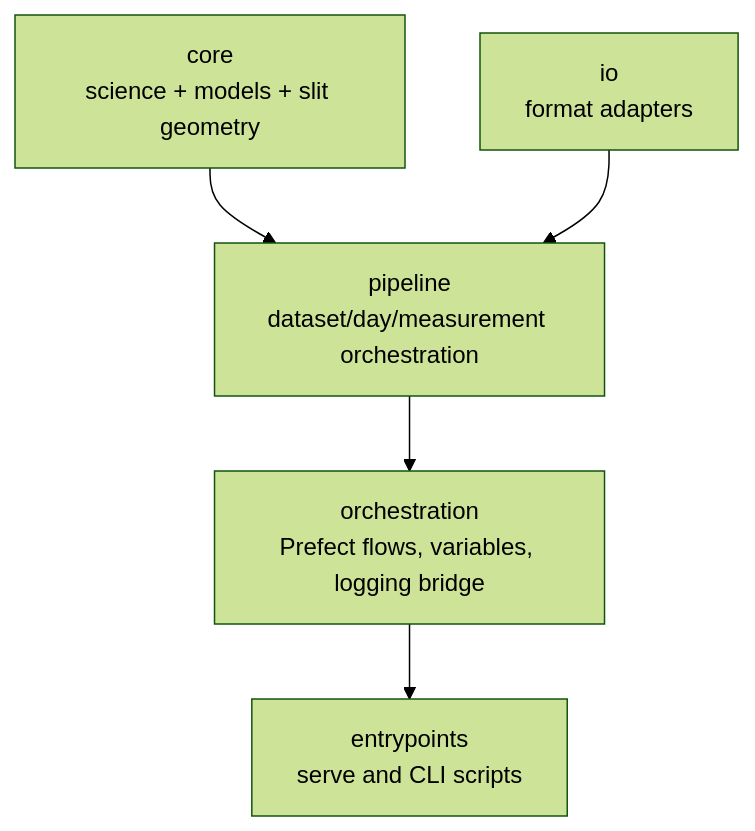
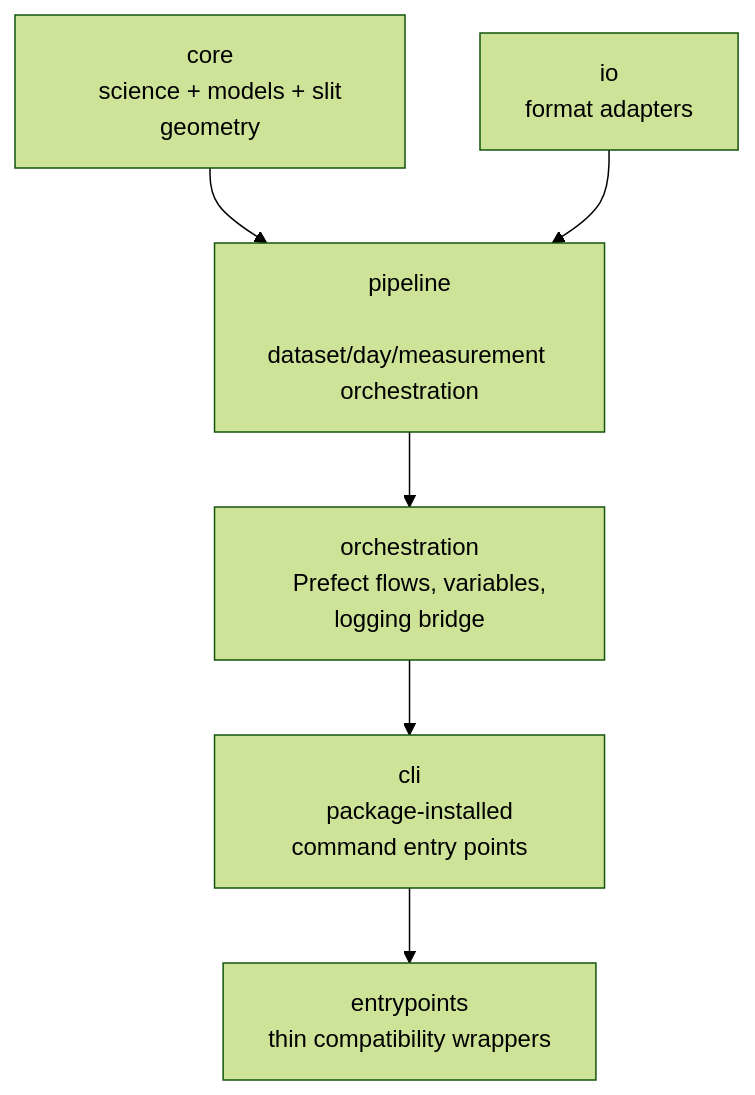
One commit to irsol-locarno/irsol-data-pipeline changed the diagram in documentation/architecture.md. Above: the diagram before and after it, drawn with Mermaid (forest theme). The commit also changed other lines of this file and 18 other files, not shown here.

First line of the commit message:
feat: cli-scripts

````diff
--- a/documentation/architecture.md
+++ b/documentation/architecture.md
@@ -11,13 +11,21 @@
 ```mermaid
 flowchart TB
-    CORE["core\nscience + models + slit geometry"]
-    IO["io\nformat adapters"]
-    PIPE["pipeline\ndataset/day/measurement orchestration"]
-    ORCH["orchestration\nPrefect flows, variables, logging bridge"]
-    ENTRY["entrypoints\nserve and CLI scripts"]
+    CORE["core
+    science + models + slit geometry"]
+    IO["io
+    format adapters"]
+    PIPE["pipeline
+    dataset/day/measurement orchestration"]
+    ORCH["orchestration
+    Prefect flows, variables, logging bridge"]
+    CLI["cli
+    package-installed command entry points"]
+    ENTRY["entrypoints
+    thin compatibility wrappers"]
 
     CORE --> PIPE
     IO --> PIPE
     PIPE --> ORCH
-    ORCH --> ENTRY
+    ORCH --> CLI
+    CLI --> ENTRY
 ```
````
